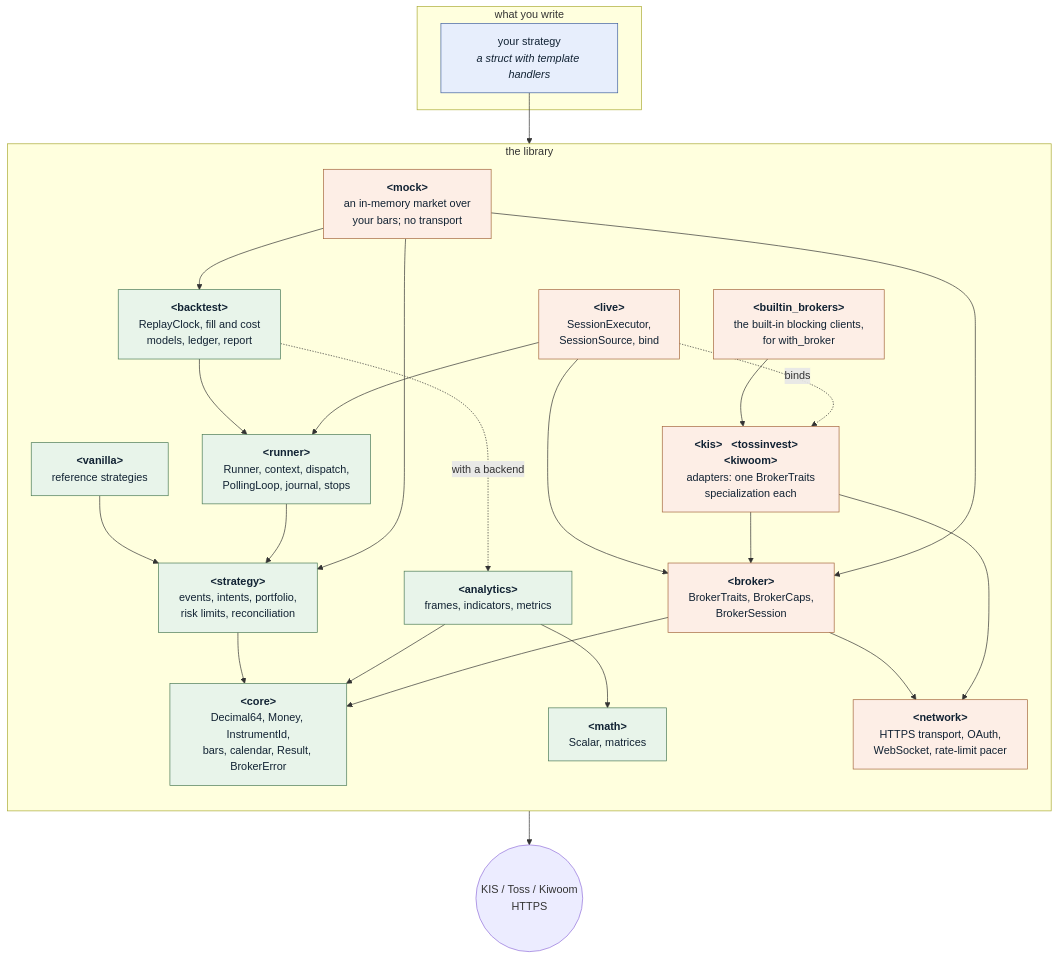
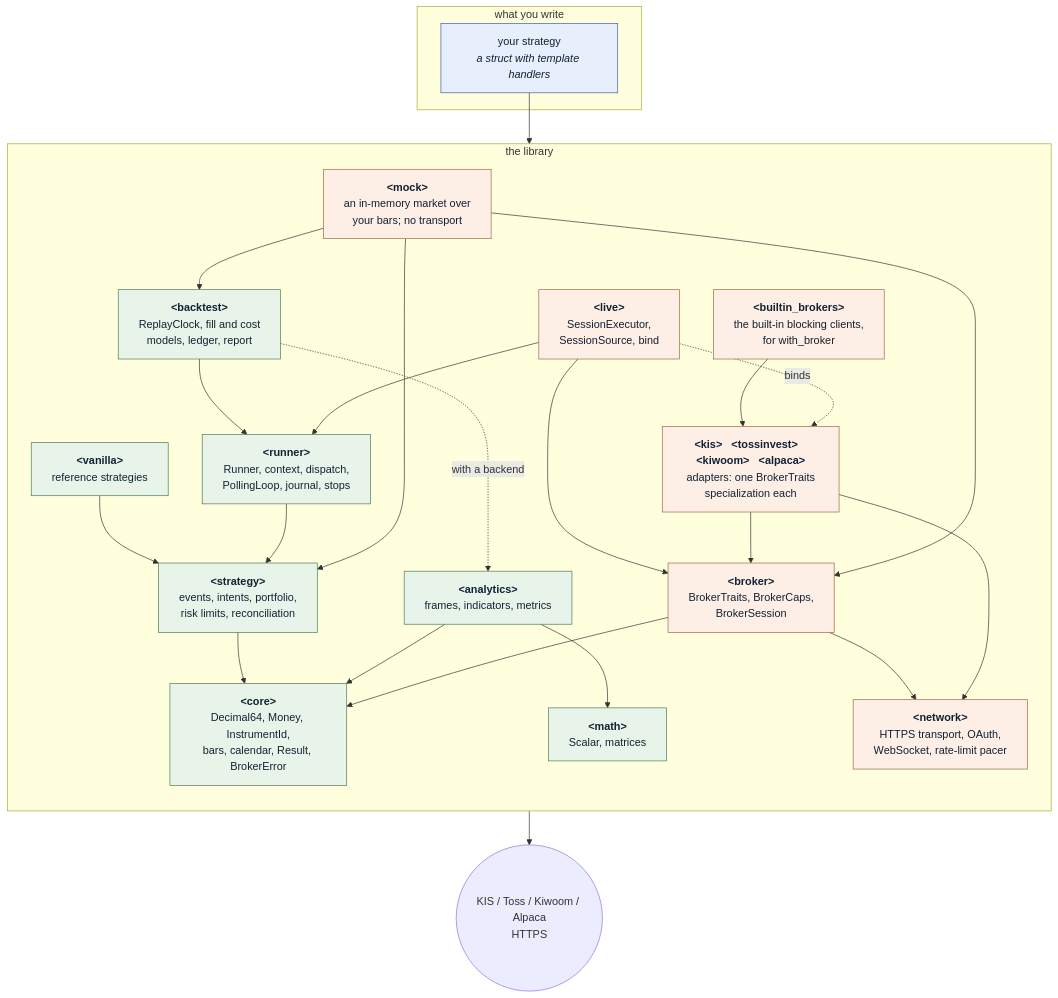
One commit to algotradelib/algotradelib changed the first of 5 diagrams in doxygen/vignettes/architecture.md. Above: the diagram before and after it, drawn with Mermaid. The commit also changed 8 other files, not shown here.

````diff
--- a/doxygen/vignettes/architecture.md
+++ b/doxygen/vignettes/architecture.md
@@ -14,53 +14,53 @@
 ```mermaid
 graph TD
   subgraph W["what you write"]
     S["your strategy<br/><i>a struct with template handlers</i>"]
   end
 
   subgraph L["the library"]
     direction TB
     V["<b>&lt;vanilla&gt;</b><br/>reference strategies"]
     ST["<b>&lt;strategy&gt;</b><br/>events, intents, portfolio,<br/>risk limits, reconciliation"]
     RU["<b>&lt;runner&gt;</b><br/>Runner, context, dispatch,<br/>PollingLoop, journal, stops"]
     BT["<b>&lt;backtest&gt;</b><br/>ReplayClock, fill and cost<br/>models, ledger, report"]
     LV["<b>&lt;live&gt;</b><br/>SessionExecutor,<br/>SessionSource, bind"]
     AN["<b>&lt;analytics&gt;</b><br/>frames, indicators, metrics"]
     MA["<b>&lt;math&gt;</b><br/>Scalar, matrices"]
     BR["<b>&lt;broker&gt;</b><br/>BrokerTraits, BrokerCaps,<br/>BrokerSession"]
     CO["<b>&lt;core&gt;</b><br/>Decimal64, Money, InstrumentId,<br/>bars, calendar, Result, BrokerError"]
     NW["<b>&lt;network&gt;</b><br/>HTTPS transport, OAuth,<br/>WebSocket, rate-limit pacer"]
-    KT["<b>&lt;kis&gt;</b> &nbsp; <b>&lt;tossinvest&gt;</b> &nbsp; <b>&lt;kiwoom&gt;</b><br/>adapters: one BrokerTraits<br/>specialization each"]
+    KT["<b>&lt;kis&gt;</b> &nbsp; <b>&lt;tossinvest&gt;</b> &nbsp; <b>&lt;kiwoom&gt;</b> &nbsp; <b>&lt;alpaca&gt;</b><br/>adapters: one BrokerTraits<br/>specialization each"]
     MK["<b>&lt;mock&gt;</b><br/>an in-memory market over<br/>your bars; no transport"]
     BB["<b>&lt;builtin_brokers&gt;</b><br/>the built-in blocking clients,<br/>for with_broker"]
   end
 
-  X(("KIS / Toss / Kiwoom<br/>HTTPS"))
+  X(("KIS / Toss / Kiwoom / Alpaca<br/>HTTPS"))
 
   S --> ST
   V --> ST
   ST --> CO
   RU --> ST
   BT --> RU
   BT -. "with a backend" .-> AN
   LV --> RU
   LV --> BR
   AN --> MA
   AN --> CO
   BR --> CO
   BR --> NW
   KT --> BR
   KT --> NW
   MK --> BR
   MK --> BT
   MK --> ST
   BB --> KT
   LV -.binds.-> KT
   NW --> X
 
   classDef pure fill:#e8f4ea,stroke:#4a7a55,color:#123
   classDef io fill:#fdeee6,stroke:#a4663c,color:#123
   classDef you fill:#e7eefc,stroke:#3f5f9e,color:#123
   class S you
   class V,ST,RU,BT,AN,MA,CO pure
   class BR,NW,KT,LV,MK,BB io
 ```
````
